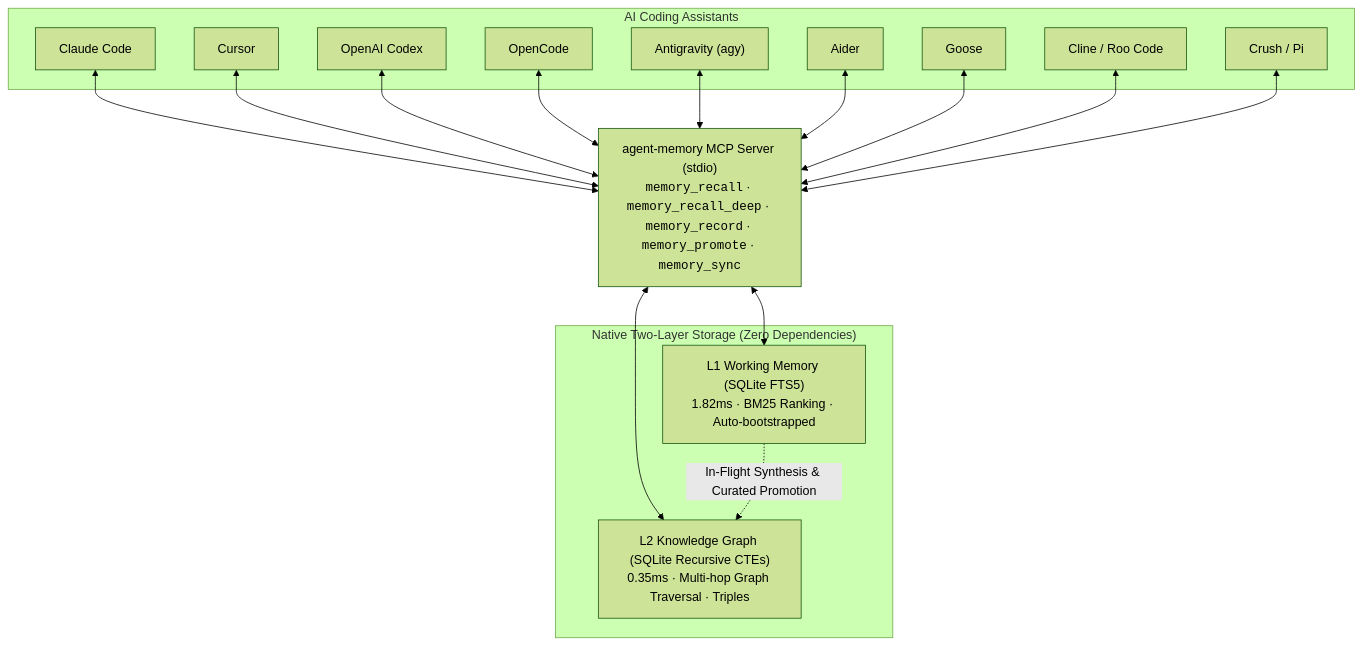
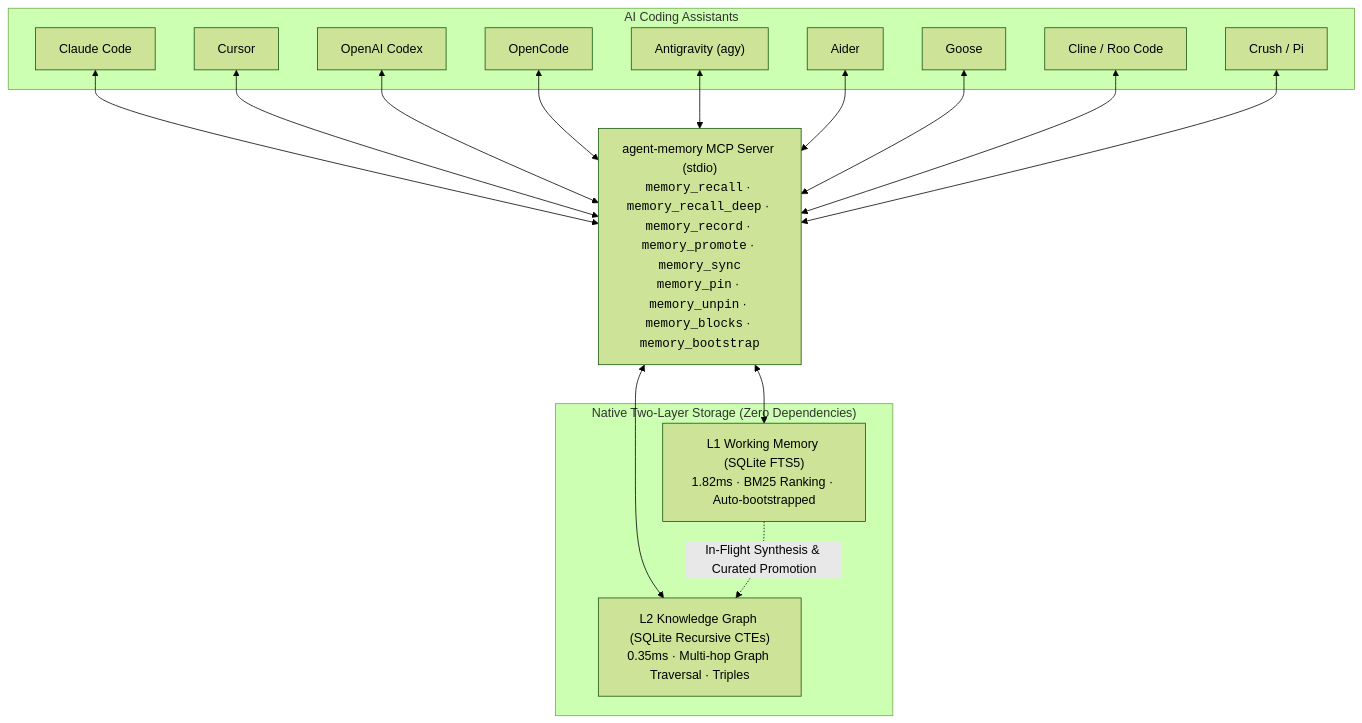
Before and after one commit to kdbhalala/agent-memory: the diagram in README.md, drawn with Mermaid (forest theme). The commit also changed other lines of this file and 14 other files, not shown here.

````diff
--- a/README.md
+++ b/README.md
@@ -123,26 +123,26 @@
 ```mermaid
 graph TD
     subgraph Assistants ["AI Coding Assistants"]
         CC["Claude Code"]
         CU["Cursor"]
         CX["OpenAI Codex"]
         OC["OpenCode"]
         AG["Antigravity (agy)"]
         AD["Aider"]
         GS["Goose"]
         CL["Cline / Roo Code"]
         CR["Crush / Pi"]
     end
 
-    MCP["agent-memory MCP Server (stdio)<br/><code>memory_recall</code> · <code>memory_recall_deep</code> · <code>memory_record</code> · <code>memory_promote</code> · <code>memory_sync</code>"]
+    MCP["agent-memory MCP Server (stdio)<br/><code>memory_recall</code> · <code>memory_recall_deep</code> · <code>memory_record</code> · <code>memory_promote</code> · <code>memory_sync</code><br/><code>memory_pin</code> · <code>memory_unpin</code> · <code>memory_blocks</code> · <code>memory_bootstrap</code>"]
 
     subgraph Storage ["Native Two-Layer Storage (Zero Dependencies)"]
         L1["L1 Working Memory (SQLite FTS5)<br/>1.82ms · BM25 Ranking · Auto-bootstrapped"]
         L2["L2 Knowledge Graph (SQLite Recursive CTEs)<br/>0.35ms · Multi-hop Graph Traversal · Triples"]
     end
 
     CC & CU & CX & OC & AG & AD & GS & CL & CR <--> MCP
     MCP <--> L1
     MCP <--> L2
     L1 -. "In-Flight Synthesis & Curated Promotion" .-> L2
 ```
````
